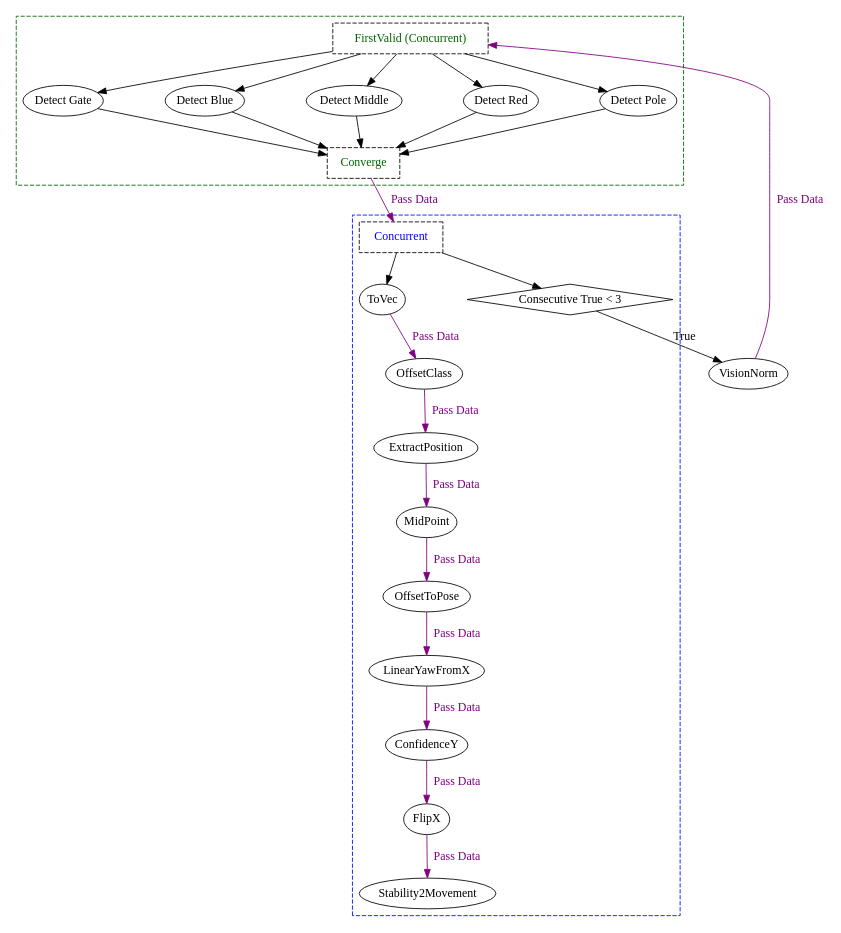
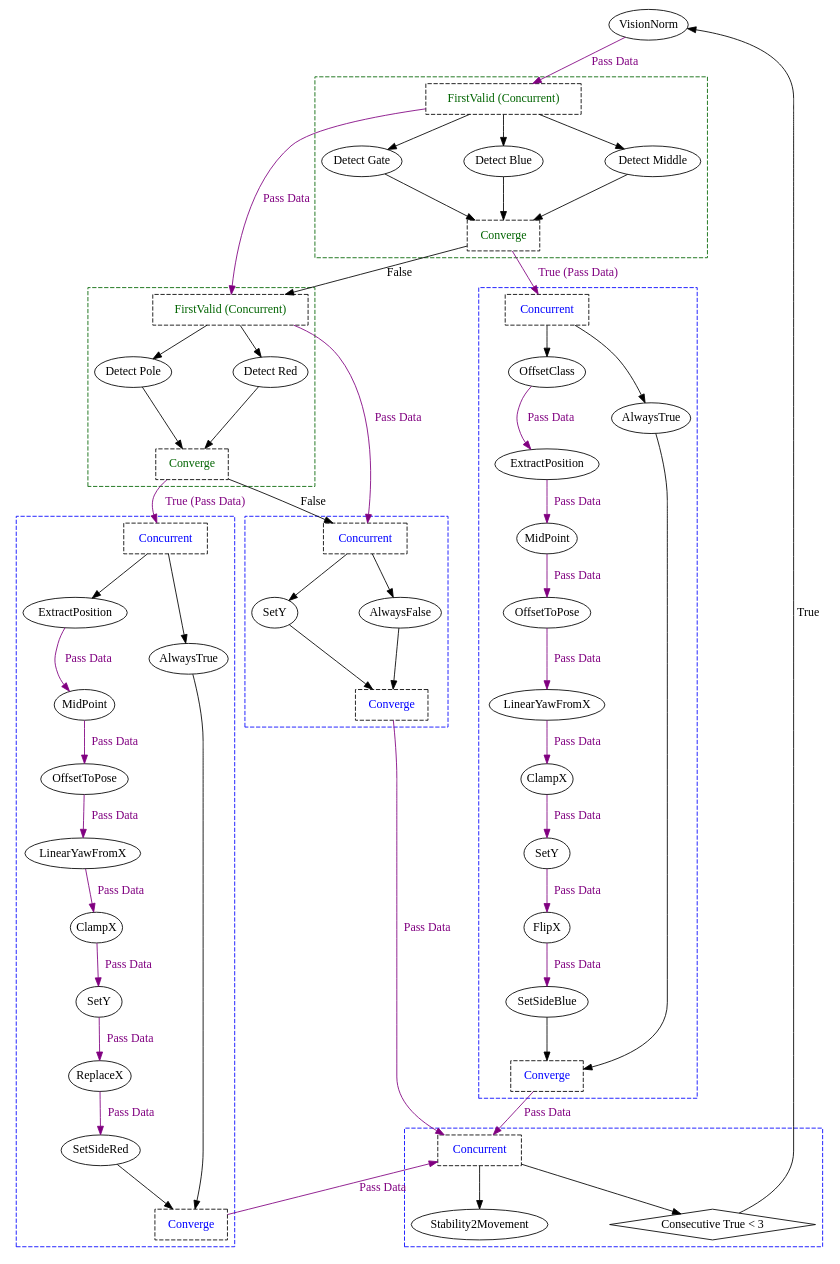
The diagram in graphs/main/gate/gate_run_testing.dot (ncsurobotics/SW8S-Rust), drawn with Graphviz before and after one commit. The commit also changed 25 other files, not shown here.

```diff
--- a/graphs/main/gate/gate_run_testing.dot
+++ b/graphs/main/gate/gate_run_testing.dot
@@ -2,57 +2,127 @@
 	splines = true;
 	nodesep = 1.0;
 	bgcolor = "none"
-	"bef018e4-09ab-4aca-8f5b-13290079dd84" [shape = diamond];
-	subgraph "cluster_6e6f2304-ae45-492e-92ad-e72c37d7b35c" {
+	"b1c43423-1773-4231-8ace-514cf3f3443a" [shape = diamond];
+	"aa27be86-7453-4f8b-8d6f-e5a23c5a150b" [shape = diamond];
+	"fba43674-e349-44e4-b697-50596ebcef2d" [shape = diamond];
+	subgraph "cluster_9b4e06d6-3085-4d6c-80a7-cccaeed1113f" {
+		style = dashed;
+		color = blue;
+		"8e06e74f-7540-4e3c-84d5-da13510128cc" -> "ffc3100b-58c9-4b6f-8673-a3a948f05e3e" [color = purple, fontcolor = purple, label = "Pass Data"];
+		"cd8ec38b-a036-4bb5-9c6c-27438c54a9c6" -> "8e06e74f-7540-4e3c-84d5-da13510128cc" [color = purple, fontcolor = purple, label = "Pass Data"];
+		"06892ac6-0ce9-45a3-9625-9ce266f17c55" -> "cd8ec38b-a036-4bb5-9c6c-27438c54a9c6" [color = purple, fontcolor = purple, label = "Pass Data"];
+		"6fc5e9e7-3a4b-4c47-8d49-ddeeecf37c87" -> "06892ac6-0ce9-45a3-9625-9ce266f17c55" [color = purple, fontcolor = purple, label = "Pass Data"];
+		"b05cb323-e40e-4c48-af6b-54eaf3ae019a" -> "6fc5e9e7-3a4b-4c47-8d49-ddeeecf37c87" [color = purple, fontcolor = purple, label = "Pass Data"];
+		"563bea2c-b3b8-45e5-aefb-b68e63489ec9" -> "b05cb323-e40e-4c48-af6b-54eaf3ae019a" [color = purple, fontcolor = purple, label = "Pass Data"];
+		"4d0b52e7-3031-444d-92f4-f7bb8ed8ce4c" -> "563bea2c-b3b8-45e5-aefb-b68e63489ec9" [color = purple, fontcolor = purple, label = "Pass Data"];
+		"5e1f296a-1291-4c60-94dd-d621431ad1c3" -> "4d0b52e7-3031-444d-92f4-f7bb8ed8ce4c" [color = purple, fontcolor = purple, label = "Pass Data"];
+		"ab7b40d9-277b-4d8f-ac82-0d432c7bb0f0" -> "5e1f296a-1291-4c60-94dd-d621431ad1c3";
+		"ab7b40d9-277b-4d8f-ac82-0d432c7bb0f0" -> "82166aa2-968b-42ad-809a-a90ec3fd121b";
+		"ffc3100b-58c9-4b6f-8673-a3a948f05e3e" -> "9677fec7-2204-4b54-8708-5c848b49875c";
+		"82166aa2-968b-42ad-809a-a90ec3fd121b" -> "9677fec7-2204-4b54-8708-5c848b49875c";
+		"ab7b40d9-277b-4d8f-ac82-0d432c7bb0f0" [label = "Concurrent", shape = box, fontcolor = blue, style = dashed];
+		"5e1f296a-1291-4c60-94dd-d621431ad1c3" [label = "OffsetClass", margin = 0];
+		"4d0b52e7-3031-444d-92f4-f7bb8ed8ce4c" [label = "ExtractPosition", margin = 0];
+		"563bea2c-b3b8-45e5-aefb-b68e63489ec9" [label = "MidPoint", margin = 0];
+		"b05cb323-e40e-4c48-af6b-54eaf3ae019a" [label = "OffsetToPose", margin = 0];
+		"6fc5e9e7-3a4b-4c47-8d49-ddeeecf37c87" [label = "LinearYawFromX", margin = 0];
+		"06892ac6-0ce9-45a3-9625-9ce266f17c55" [label = "ClampX", margin = 0];
+		"cd8ec38b-a036-4bb5-9c6c-27438c54a9c6" [label = "SetY", margin = 0];
+		"8e06e74f-7540-4e3c-84d5-da13510128cc" [label = "FlipX", margin = 0];
+		"ffc3100b-58c9-4b6f-8673-a3a948f05e3e" [label = "SetSideBlue", margin = 0];
+		"82166aa2-968b-42ad-809a-a90ec3fd121b" [label = "AlwaysTrue", margin = 0];
+		"9677fec7-2204-4b54-8708-5c848b49875c" [label = "Converge", shape = box, fontcolor = blue, style = dashed];
+	}
+	
+	subgraph "cluster_f24c0e09-9a7c-4f27-a611-3a686b885224" {
+		style = dashed;
+		color = blue;
+		"da1d2025-4a40-47eb-8bae-654b6550770d" -> "3f3e9486-2093-45ca-afd5-732e14b98d35" [color = purple, fontcolor = purple, label = "Pass Data"];
+		"2cd16051-7489-421a-8b68-41081356cf6e" -> "da1d2025-4a40-47eb-8bae-654b6550770d" [color = purple, fontcolor = purple, label = "Pass Data"];
+		"6ca8a142-87cd-48aa-8a6f-842f48ebd5fc" -> "2cd16051-7489-421a-8b68-41081356cf6e" [color = purple, fontcolor = purple, label = "Pass Data"];
+		"300f1fbe-755c-4656-9135-0b7abcc29df8" -> "6ca8a142-87cd-48aa-8a6f-842f48ebd5fc" [color = purple, fontcolor = purple, label = "Pass Data"];
+		"6a86b8d7-5f34-43a8-a0cb-d81699b05e3e" -> "300f1fbe-755c-4656-9135-0b7abcc29df8" [color = purple, fontcolor = purple, label = "Pass Data"];
+		"0656a955-cb16-448e-b779-c946eac5f26f" -> "6a86b8d7-5f34-43a8-a0cb-d81699b05e3e" [color = purple, fontcolor = purple, label = "Pass Data"];
+		"f6c0bff2-910c-4396-94cf-925097630993" -> "0656a955-cb16-448e-b779-c946eac5f26f" [color = purple, fontcolor = purple, label = "Pass Data"];
+		"ef28a126-79ae-43ad-8af0-fa5ecffc5638" -> "f6c0bff2-910c-4396-94cf-925097630993";
+		"ef28a126-79ae-43ad-8af0-fa5ecffc5638" -> "9363559b-62dd-401b-9388-c15be5c72739";
+		"3f3e9486-2093-45ca-afd5-732e14b98d35" -> "21b68b4e-386b-4ea8-83c5-df8b184bace0";
+		"9363559b-62dd-401b-9388-c15be5c72739" -> "21b68b4e-386b-4ea8-83c5-df8b184bace0";
+		"ef28a126-79ae-43ad-8af0-fa5ecffc5638" [label = "Concurrent", shape = box, fontcolor = blue, style = dashed];
+		"f6c0bff2-910c-4396-94cf-925097630993" [label = "ExtractPosition", margin = 0];
+		"0656a955-cb16-448e-b779-c946eac5f26f" [label = "MidPoint", margin = 0];
+		"6a86b8d7-5f34-43a8-a0cb-d81699b05e3e" [label = "OffsetToPose", margin = 0];
+		"300f1fbe-755c-4656-9135-0b7abcc29df8" [label = "LinearYawFromX", margin = 0];
+		"6ca8a142-87cd-48aa-8a6f-842f48ebd5fc" [label = "ClampX", margin = 0];
+		"2cd16051-7489-421a-8b68-41081356cf6e" [label = "SetY", margin = 0];
+		"da1d2025-4a40-47eb-8bae-654b6550770d" [label = "ReplaceX", margin = 0];
+		"3f3e9486-2093-45ca-afd5-732e14b98d35" [label = "SetSideRed", margin = 0];
+		"9363559b-62dd-401b-9388-c15be5c72739" [label = "AlwaysTrue", margin = 0];
+		"21b68b4e-386b-4ea8-83c5-df8b184bace0" [label = "Converge", shape = box, fontcolor = blue, style = dashed];
+	}
+	
+	subgraph "cluster_752ad33a-fcd4-4cd4-8383-8b3c0ec5e808" {
+		style = dashed;
+		color = blue;
+		"3cd84d18-1a5c-4f2d-8260-fbf5d0b75f89" -> "aaecf285-7557-4b60-8131-697cc4af5e3a";
+		"3cd84d18-1a5c-4f2d-8260-fbf5d0b75f89" -> "84bd6ef1-21a9-403d-841c-d20b30f585af";
+		"aaecf285-7557-4b60-8131-697cc4af5e3a" -> "b95bea47-c239-4deb-b0a0-70c4971cc530";
+		"84bd6ef1-21a9-403d-841c-d20b30f585af" -> "b95bea47-c239-4deb-b0a0-70c4971cc530";
+		"3cd84d18-1a5c-4f2d-8260-fbf5d0b75f89" [label = "Concurrent", shape = box, fontcolor = blue, style = dashed];
+		"aaecf285-7557-4b60-8131-697cc4af5e3a" [label = "SetY", margin = 0];
+		"84bd6ef1-21a9-403d-841c-d20b30f585af" [label = "AlwaysFalse", margin = 0];
+		"b95bea47-c239-4deb-b0a0-70c4971cc530" [label = "Converge", shape = box, fontcolor = blue, style = dashed];
+	}
+	
+	subgraph "cluster_4b61ef34-a674-4992-92d0-82a70f67a405" {
 		style = dashed;
 		color = darkgreen;
-		"0b45abea-8a02-4250-bc74-f73df5a5eff6" -> "6a2727ee-8b7c-4111-826c-67810e468326";
-		"0b45abea-8a02-4250-bc74-f73df5a5eff6" -> "b63e30d6-d810-4582-a77d-bb5402cb3fdf";
-		"0b45abea-8a02-4250-bc74-f73df5a5eff6" -> "7f2fd831-59fa-4027-ad19-d876f00fb945";
-		"0b45abea-8a02-4250-bc74-f73df5a5eff6" -> "0d44b971-1a10-4556-9d3d-1865f71aeb66";
-		"0b45abea-8a02-4250-bc74-f73df5a5eff6" -> "8e1360d3-72a5-4fab-b018-ae16557d13c1";
-		"6a2727ee-8b7c-4111-826c-67810e468326" -> "c6cc467d-d582-4165-a812-516a76351c6b";
-		"b63e30d6-d810-4582-a77d-bb5402cb3fdf" -> "c6cc467d-d582-4165-a812-516a76351c6b";
-		"7f2fd831-59fa-4027-ad19-d876f00fb945" -> "c6cc467d-d582-4165-a812-516a76351c6b";
-		"0d44b971-1a10-4556-9d3d-1865f71aeb66" -> "c6cc467d-d582-4165-a812-516a76351c6b";
-		"8e1360d3-72a5-4fab-b018-ae16557d13c1" -> "c6cc467d-d582-4165-a812-516a76351c6b";
-		"0b45abea-8a02-4250-bc74-f73df5a5eff6" [label = "FirstValid (Concurrent)", shape = box, fontcolor = darkgreen, style = dashed];
-		"6a2727ee-8b7c-4111-826c-67810e468326" [label = "Detect Gate", margin = 0];
-		"b63e30d6-d810-4582-a77d-bb5402cb3fdf" [label = "Detect Blue", margin = 0];
-		"7f2fd831-59fa-4027-ad19-d876f00fb945" [label = "Detect Middle", margin = 0];
-		"0d44b971-1a10-4556-9d3d-1865f71aeb66" [label = "Detect Red", margin = 0];
-		"8e1360d3-72a5-4fab-b018-ae16557d13c1" [label = "Detect Pole", margin = 0];
-		"c6cc467d-d582-4165-a812-516a76351c6b" [label = "Converge", shape = box, fontcolor = darkgreen, style = dashed];
+		"7cbbc478-f57b-46f5-97d3-fa30a6fc9afd" -> "670d2f45-6f61-4aad-b0a3-a9ee82dba161";
+		"7cbbc478-f57b-46f5-97d3-fa30a6fc9afd" -> "d9ec0968-bfba-4083-b6de-3692618fa042";
+		"670d2f45-6f61-4aad-b0a3-a9ee82dba161" -> "b1c43423-1773-4231-8ace-514cf3f3443a";
+		"d9ec0968-bfba-4083-b6de-3692618fa042" -> "b1c43423-1773-4231-8ace-514cf3f3443a";
+		"7cbbc478-f57b-46f5-97d3-fa30a6fc9afd" [label = "FirstValid (Concurrent)", shape = box, fontcolor = darkgreen, style = dashed];
+		"670d2f45-6f61-4aad-b0a3-a9ee82dba161" [label = "Detect Pole", margin = 0];
+		"d9ec0968-bfba-4083-b6de-3692618fa042" [label = "Detect Red", margin = 0];
+		"b1c43423-1773-4231-8ace-514cf3f3443a" [label = "Converge", shape = box, fontcolor = darkgreen, style = dashed];
 	}
 	
-	subgraph "cluster_8bce272e-e3fc-4de5-9b49-43cb86e1ffb2" {
+	subgraph "cluster_ddf5de4c-ffe6-42cb-8890-b070ec2bf9c2" {
+		style = dashed;
+		color = darkgreen;
+		"4bfcd4e4-f7a0-4884-9103-75c17b87f358" -> "163ba71c-c316-4ab2-8854-86b12932d53c";
+		"4bfcd4e4-f7a0-4884-9103-75c17b87f358" -> "e3cbea51-d2fe-4891-afe1-93b8d725e32d";
+		"4bfcd4e4-f7a0-4884-9103-75c17b87f358" -> "4375fd5c-70d1-4544-9307-21940ab45e50";
+		"163ba71c-c316-4ab2-8854-86b12932d53c" -> "aa27be86-7453-4f8b-8d6f-e5a23c5a150b";
+		"e3cbea51-d2fe-4891-afe1-93b8d725e32d" -> "aa27be86-7453-4f8b-8d6f-e5a23c5a150b";
+		"4375fd5c-70d1-4544-9307-21940ab45e50" -> "aa27be86-7453-4f8b-8d6f-e5a23c5a150b";
+		"4bfcd4e4-f7a0-4884-9103-75c17b87f358" [label = "FirstValid (Concurrent)", shape = box, fontcolor = darkgreen, style = dashed];
+		"163ba71c-c316-4ab2-8854-86b12932d53c" [label = "Detect Gate", margin = 0];
+		"e3cbea51-d2fe-4891-afe1-93b8d725e32d" [label = "Detect Blue", margin = 0];
+		"4375fd5c-70d1-4544-9307-21940ab45e50" [label = "Detect Middle", margin = 0];
+		"aa27be86-7453-4f8b-8d6f-e5a23c5a150b" [label = "Converge", shape = box, fontcolor = darkgreen, style = dashed];
+	}
+	
+	subgraph "cluster_88bc99fc-0b86-4f78-ab24-3de9e8925ece" {
 		style = dashed;
 		color = blue;
-		"6ad440fc-ebd4-4627-833b-a87bf36e1344" -> "cee2fa3b-9c72-4ff7-bbb7-1ee74197995f" [color = purple, fontcolor = purple, label = "Pass Data"];
-		"56f1d97b-352e-466a-a784-4b0c2b9d430c" -> "6ad440fc-ebd4-4627-833b-a87bf36e1344" [color = purple, fontcolor = purple, label = "Pass Data"];
-		"6ec2350c-443c-4d4d-a39d-c1d7d65ae35c" -> "56f1d97b-352e-466a-a784-4b0c2b9d430c" [color = purple, fontcolor = purple, label = "Pass Data"];
-		"a8e5a9f1-812d-4f75-ad10-b46e0cddf2de" -> "6ec2350c-443c-4d4d-a39d-c1d7d65ae35c" [color = purple, fontcolor = purple, label = "Pass Data"];
-		"a4d8da47-00b9-401f-b2e8-4a1960f04b74" -> "a8e5a9f1-812d-4f75-ad10-b46e0cddf2de" [color = purple, fontcolor = purple, label = "Pass Data"];
-		"e47e3cdf-122d-438d-8808-fd2c0efd8016" -> "a4d8da47-00b9-401f-b2e8-4a1960f04b74" [color = purple, fontcolor = purple, label = "Pass Data"];
-		"705e79a7-3c0f-4c36-a072-ddccf61044c6" -> "e47e3cdf-122d-438d-8808-fd2c0efd8016" [color = purple, fontcolor = purple, label = "Pass Data"];
-		"10f1be3e-2572-4fc0-9c73-bce0cb0f10f5" -> "705e79a7-3c0f-4c36-a072-ddccf61044c6" [color = purple, fontcolor = purple, label = "Pass Data"];
-		"f8ed6b73-8f52-418c-ab4c-a1632497f4fc" -> "10f1be3e-2572-4fc0-9c73-bce0cb0f10f5";
-		"f8ed6b73-8f52-418c-ab4c-a1632497f4fc" -> "bef018e4-09ab-4aca-8f5b-13290079dd84";
-		"f8ed6b73-8f52-418c-ab4c-a1632497f4fc" [label = "Concurrent", shape = box, fontcolor = blue, style = dashed];
-		"10f1be3e-2572-4fc0-9c73-bce0cb0f10f5" [label = "ToVec", margin = 0];
-		"705e79a7-3c0f-4c36-a072-ddccf61044c6" [label = "OffsetClass", margin = 0];
-		"e47e3cdf-122d-438d-8808-fd2c0efd8016" [label = "ExtractPosition", margin = 0];
-		"a4d8da47-00b9-401f-b2e8-4a1960f04b74" [label = "MidPoint", margin = 0];
-		"a8e5a9f1-812d-4f75-ad10-b46e0cddf2de" [label = "OffsetToPose", margin = 0];
-		"6ec2350c-443c-4d4d-a39d-c1d7d65ae35c" [label = "LinearYawFromX", margin = 0];
-		"56f1d97b-352e-466a-a784-4b0c2b9d430c" [label = "ConfidenceY", margin = 0];
-		"6ad440fc-ebd4-4627-833b-a87bf36e1344" [label = "FlipX", margin = 0];
-		"cee2fa3b-9c72-4ff7-bbb7-1ee74197995f" [label = "Stability2Movement", margin = 0];
-		"bef018e4-09ab-4aca-8f5b-13290079dd84" [label = "Consecutive True < 3", margin = 0];
+		"08ccdb28-82b3-466c-9477-3c3a00ed1857" -> "df31388a-5424-4901-b6ee-c551ef698479";
+		"08ccdb28-82b3-466c-9477-3c3a00ed1857" -> "fba43674-e349-44e4-b697-50596ebcef2d";
+		"08ccdb28-82b3-466c-9477-3c3a00ed1857" [label = "Concurrent", shape = box, fontcolor = blue, style = dashed];
+		"df31388a-5424-4901-b6ee-c551ef698479" [label = "Stability2Movement", margin = 0];
+		"fba43674-e349-44e4-b697-50596ebcef2d" [label = "Consecutive True < 3", margin = 0];
 	}
 	
-	"c6cc467d-d582-4165-a812-516a76351c6b" -> "f8ed6b73-8f52-418c-ab4c-a1632497f4fc" [color = purple, fontcolor = purple, label = "Pass Data"];
-	"c040d849-dd24-4a61-ba82-14fef6c39bb9" -> "0b45abea-8a02-4250-bc74-f73df5a5eff6" [color = purple, fontcolor = purple, label = "Pass Data"];
-	"bef018e4-09ab-4aca-8f5b-13290079dd84" -> "c040d849-dd24-4a61-ba82-14fef6c39bb9" [label = "True"];
-	"c040d849-dd24-4a61-ba82-14fef6c39bb9" [label = "VisionNorm", margin = 0];
+	"b1c43423-1773-4231-8ace-514cf3f3443a" -> "ef28a126-79ae-43ad-8af0-fa5ecffc5638" [color = purple, fontcolor = purple, label = "True (Pass Data)"];
+	"b1c43423-1773-4231-8ace-514cf3f3443a" -> "3cd84d18-1a5c-4f2d-8260-fbf5d0b75f89" [label = "False"];
+	"7cbbc478-f57b-46f5-97d3-fa30a6fc9afd" -> "3cd84d18-1a5c-4f2d-8260-fbf5d0b75f89" [color = purple, fontcolor = purple, label = "Pass Data"];
+	"aa27be86-7453-4f8b-8d6f-e5a23c5a150b" -> "ab7b40d9-277b-4d8f-ac82-0d432c7bb0f0" [color = purple, fontcolor = purple, label = "True (Pass Data)"];
+	"aa27be86-7453-4f8b-8d6f-e5a23c5a150b" -> "7cbbc478-f57b-46f5-97d3-fa30a6fc9afd" [label = "False"];
+	"4bfcd4e4-f7a0-4884-9103-75c17b87f358" -> "7cbbc478-f57b-46f5-97d3-fa30a6fc9afd" [color = purple, fontcolor = purple, label = "Pass Data"];
+	"9677fec7-2204-4b54-8708-5c848b49875c" -> "08ccdb28-82b3-466c-9477-3c3a00ed1857" [color = purple, fontcolor = purple, label = "Pass Data"];
+	"21b68b4e-386b-4ea8-83c5-df8b184bace0" -> "08ccdb28-82b3-466c-9477-3c3a00ed1857" [color = purple, fontcolor = purple, label = "Pass Data"];
+	"b95bea47-c239-4deb-b0a0-70c4971cc530" -> "08ccdb28-82b3-466c-9477-3c3a00ed1857" [color = purple, fontcolor = purple, label = "Pass Data"];
+	"d76dd655-102e-4da0-b5ec-d7590e89550d" -> "4bfcd4e4-f7a0-4884-9103-75c17b87f358" [color = purple, fontcolor = purple, label = "Pass Data"];
+	"fba43674-e349-44e4-b697-50596ebcef2d" -> "d76dd655-102e-4da0-b5ec-d7590e89550d" [label = "True"];
+	"d76dd655-102e-4da0-b5ec-d7590e89550d" [label = "VisionNorm", margin = 0];
 }
```
